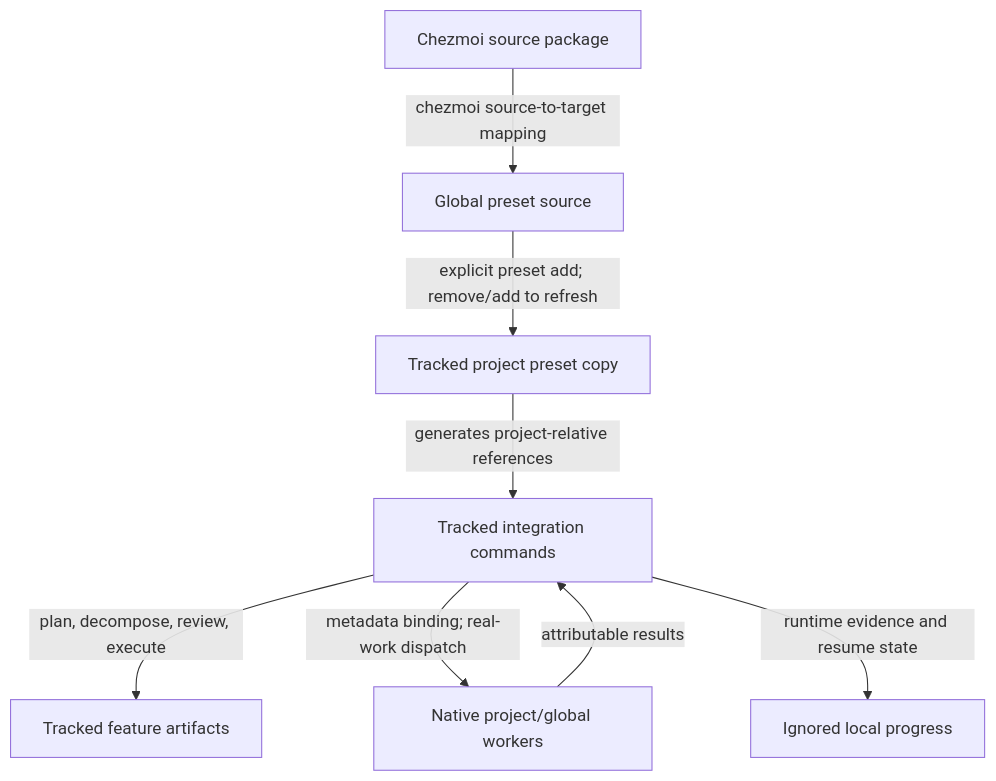
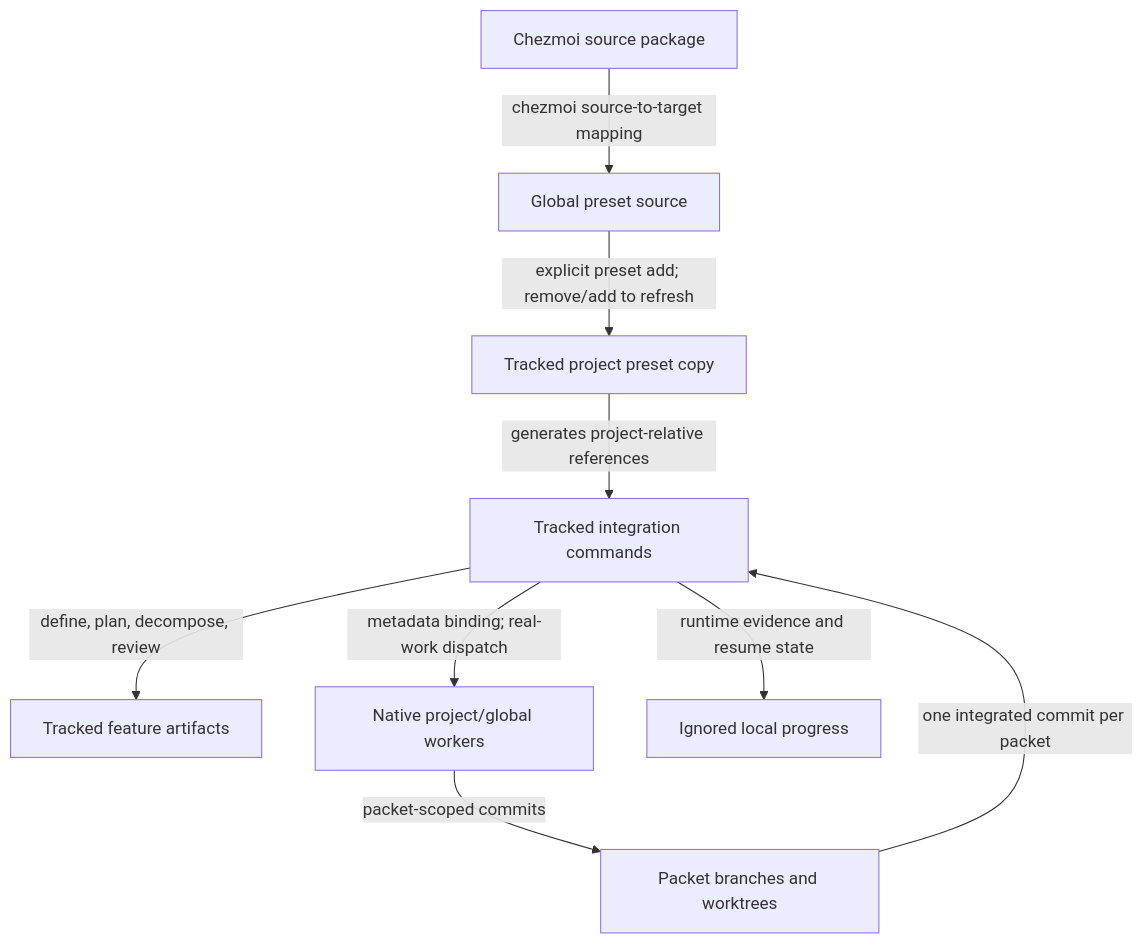
The diagram in docs/spec-kit-workflow/architecture.md (MrPointer/dotfiles), drawn with Mermaid before and after one commit. The commit also changed other lines of this file and 19 other files, not shown here.

````diff
--- a/docs/spec-kit-workflow/architecture.md
+++ b/docs/spec-kit-workflow/architecture.md
@@ -55,18 +43,20 @@
 ```mermaid
 flowchart TD
     source["Chezmoi source package"]
     global["Global preset source"]
     installed["Tracked project preset copy"]
     commands["Tracked integration commands"]
     artifacts["Tracked feature artifacts"]
     runtime["Native project/global workers"]
+    worktrees["Packet branches and worktrees"]
     progress["Ignored local progress"]
 
     source -->|"chezmoi source-to-target mapping"| global
     global -->|"explicit preset add; remove/add to refresh"| installed
     installed -->|"generates project-relative references"| commands
-    commands -->|"plan, decompose, review, execute"| artifacts
+    commands -->|"define, plan, decompose, review"| artifacts
     commands -->|"metadata binding; real-work dispatch"| runtime
-    runtime -->|"attributable results"| commands
+    runtime -->|"packet-scoped commits"| worktrees
+    worktrees -->|"one integrated commit per packet"| commands
     commands -->|"runtime evidence and resume state"| progress
 ```
````
